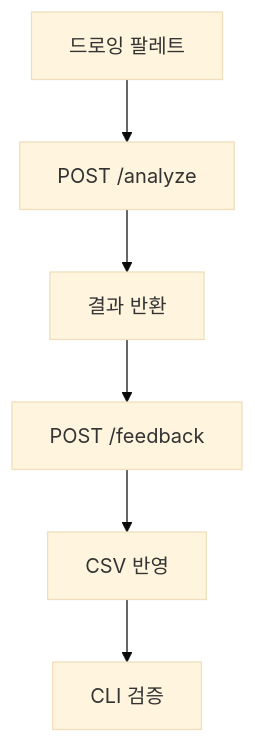
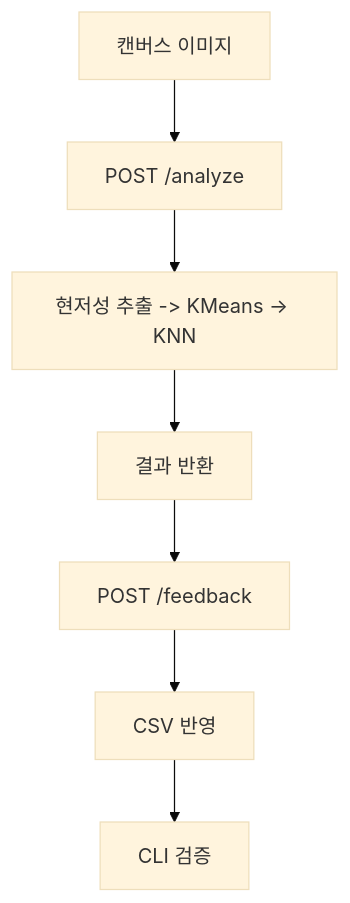
One commit to acertainromance401/SentiVision changed the second of 2 diagrams in Project_Descriptions/Wireframe_SentiVision.md. Above: the diagram before and after it, drawn with Mermaid (base theme). The commit also changed 2 other files, not shown here.

Commit message:
Align docs with image-based analysis flow

````diff
--- a/Project_Descriptions/Wireframe_SentiVision.md
+++ b/Project_Descriptions/Wireframe_SentiVision.md
@@ -164,8 +164,9 @@
 ```mermaid
 flowchart TB
-  U[드로잉 팔레트] --> A[POST /analyze]
-  A --> R[결과 반환]
+  U[캔버스 이미지] --> A[POST /analyze]
+  A --> P[현저성 추출 -> KMeans -> KNN]
+  P --> R[결과 반환]
   R --> F[POST /feedback]
   F --> D[CSV 반영]
   D --> C[CLI 검증]
 ```
````
